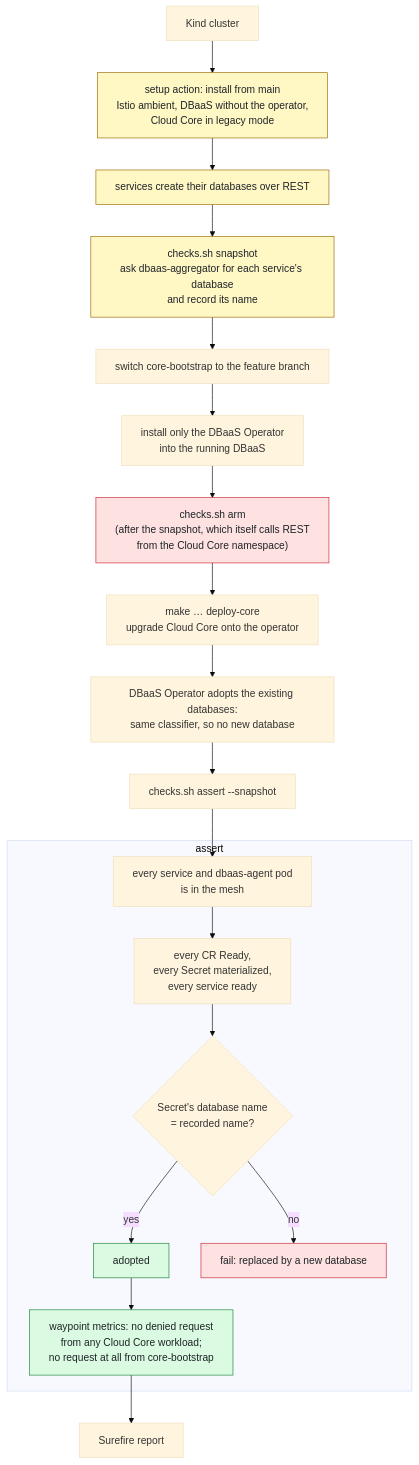
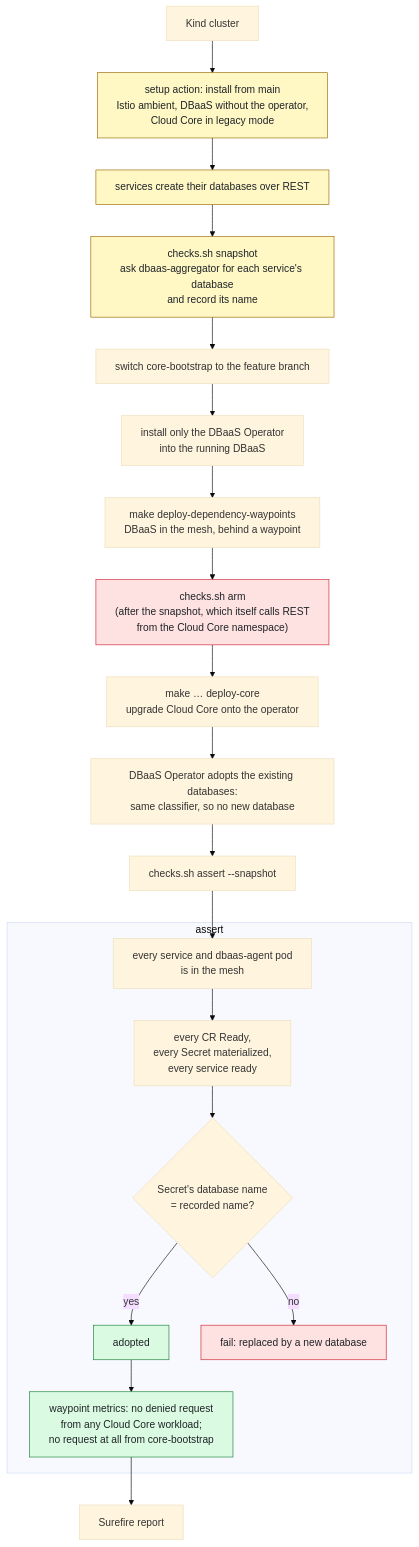
Before and after one commit to Netcracker/qubership-core-test-apps: the third of 3 diagrams in dbaas-operator-tests/README.md, drawn with Mermaid (base theme). The commit also changed other lines of this file and 4 other files, not shown here.

First line of the commit message:
test: let the bootstrap put the DBaaS Operator tests in the mesh

````diff
--- a/dbaas-operator-tests/README.md
+++ b/dbaas-operator-tests/README.md
@@ -125,31 +126,32 @@
 ```mermaid
 %%{init: {"flowchart": {"wrappingWidth": 320}}}%%
 flowchart TD
     A["Kind cluster"] --> B["setup action: install from main<br/>Istio ambient, DBaaS without the operator,<br/>Cloud Core in legacy mode"]
     B --> C["services create their databases over REST"]
     C --> D["checks.sh snapshot<br/>ask dbaas-aggregator for each service's database<br/>and record its name"]
     D --> E["switch core-bootstrap to the feature branch"]
     E --> F["install only the DBaaS Operator<br/>into the running DBaaS"]
-    F --> G["checks.sh arm<br/>(after the snapshot, which itself calls REST<br/>from the Cloud Core namespace)"]
+    F --> F2["make deploy-dependency-waypoints<br/>DBaaS in the mesh, behind a waypoint"]
+    F2 --> G["checks.sh arm<br/>(after the snapshot, which itself calls REST<br/>from the Cloud Core namespace)"]
     G --> H["make … deploy-core<br/>upgrade Cloud Core onto the operator"]
     H --> I["DBaaS Operator adopts the existing databases:<br/>same classifier, so no new database"]
     I --> J["checks.sh assert --snapshot"]
 
     subgraph assert["assert"]
         J1["every service and dbaas-agent pod<br/>is in the mesh"] --> J2["every CR Ready,<br/>every Secret materialized,<br/>every service ready"]
         J2 --> J3{"Secret's database name<br/>= recorded name?"}
         J3 -- "yes" --> J4["adopted"]
         J3 -- "no" --> J5["fail: replaced by a new database"]
         J4 --> J6["waypoint metrics: no denied request<br/>from any Cloud Core workload;<br/>no request at all from core-bootstrap"]
     end
 
     J --> J1
     J6 --> R["Surefire report"]
 
     classDef legacy fill:#fff8c5,stroke:#9a6700,color:#1f2328
     classDef trap fill:#fde2e1,stroke:#cf222e,color:#1f2328
     classDef proof fill:#dafbe1,stroke:#1a7f37,color:#1f2328
     class B,C,D legacy
     class G,J5 trap
     class J4,J6 proof
 ```
````
